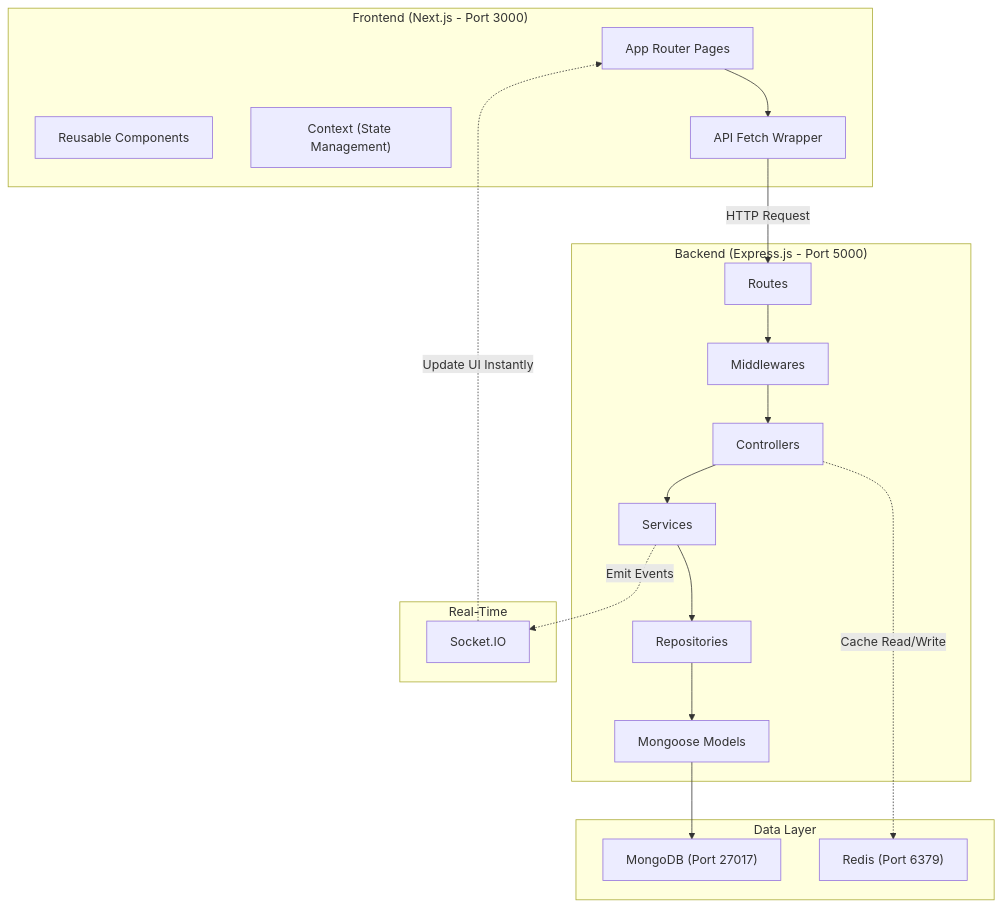
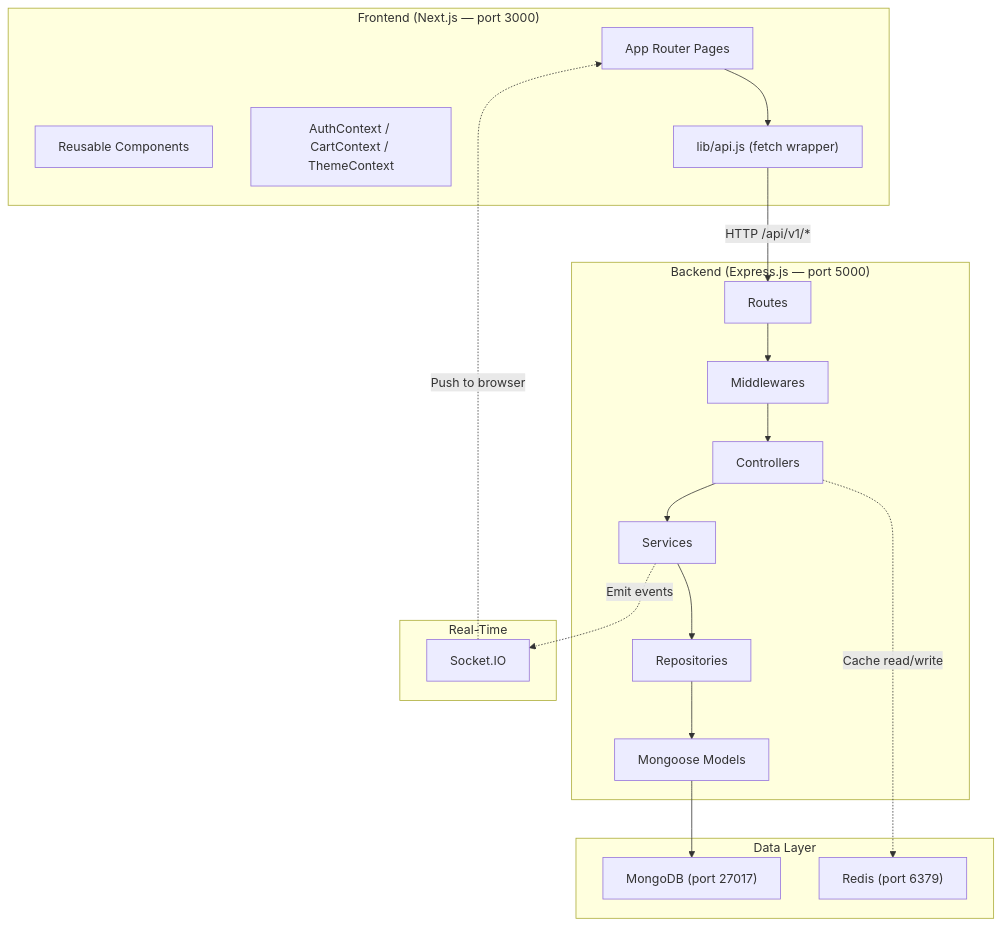
Before and after one commit to mhaseebhassan/tek-web-ecom: the diagram in WALKTHROUGH.md, drawn with Mermaid. The commit also changed other lines of this file, not shown here.

````diff
--- a/WALKTHROUGH.md
+++ b/WALKTHROUGH.md
@@ -9,34 +11,34 @@
 ```mermaid
 graph TB
-    subgraph Frontend["Frontend (Next.js - Port 3000)"]
+    subgraph Frontend["Frontend (Next.js — port 3000)"]
         Pages["App Router Pages"]
         Components["Reusable Components"]
-        Contexts["Context (State Management)"]
-        API["API Fetch Wrapper"]
+        Contexts["AuthContext / CartContext / ThemeContext"]
+        API["lib/api.js (fetch wrapper)"]
     end
 
-    subgraph Backend["Backend (Express.js - Port 5000)"]
+    subgraph Backend["Backend (Express.js — port 5000)"]
         Routes["Routes"]
         Middleware["Middlewares"]
         Controllers["Controllers"]
         Services["Services"]
         Repos["Repositories"]
         Models["Mongoose Models"]
     end
 
     subgraph Data["Data Layer"]
-        MongoDB["MongoDB (Port 27017)"]
-        Redis["Redis (Port 6379)"]
+        MongoDB["MongoDB (port 27017)"]
+        Redis["Redis (port 6379)"]
     end
 
     subgraph Realtime["Real-Time"]
         SocketIO["Socket.IO"]
     end
 
     Pages --> API
-    API -->|HTTP Request| Routes
+    API -->|HTTP /api/v1/*| Routes
     Routes --> Middleware --> Controllers --> Services --> Repos --> Models --> MongoDB
-    Controllers -.->|Cache Read/Write| Redis
-    Services -.->|Emit Events| SocketIO
-    SocketIO -.->|Update UI Instantly| Pages
+    Controllers -.->|Cache read/write| Redis
+    Services -.->|Emit events| SocketIO
+    SocketIO -.->|Push to browser| Pages
 ```
````
